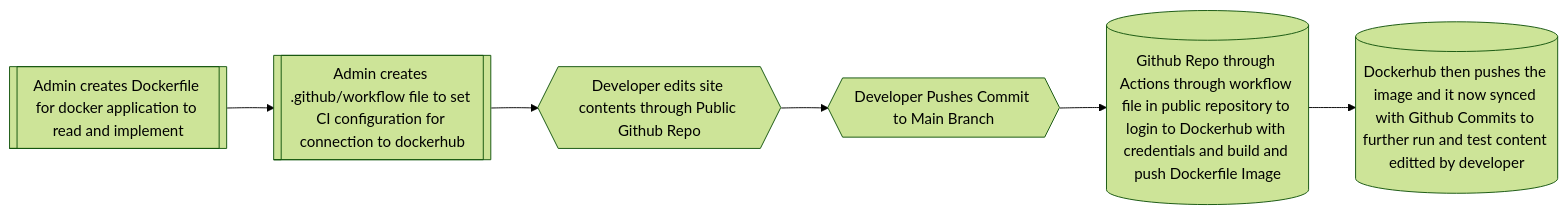
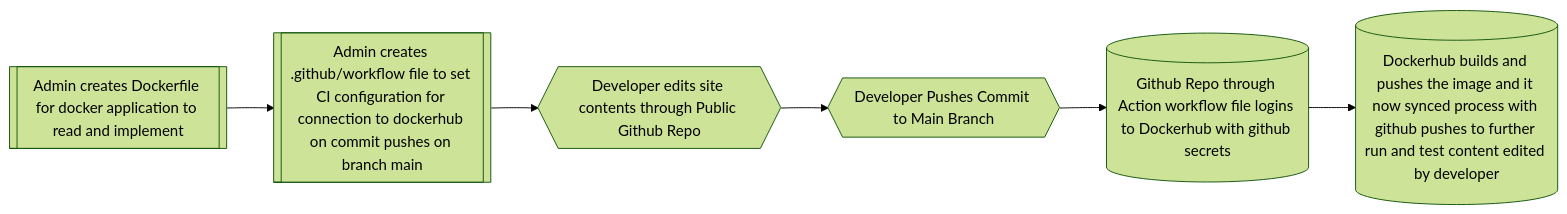
Before and after one commit to WSU-kduncan/ceg3120-cicd-brandielynnnnn: the diagram in README-CI.md, drawn with Mermaid (forest theme). The commit also changed other lines of this file, not shown here.

````diff
--- a/README-CI.md
+++ b/README-CI.md
@@ -76,8 +73,6 @@
  ```mermaid
 flowchart LR
-    id1[[Admin creates Dockerfile for docker application to read and implement]]-->id2[[Admin creates .github/workflow file to set CI configuration for connection to dockerhub]]-->id3{{Developer edits site contents through Public Github Repo}}-->id4{{Developer Pushes Commit to Main Branch}}-->id5[(Github Repo through Actions through workflow file in public repository to login to Dockerhub with credentials and build and push Dockerfile Image)]-->id6[(Dockerhub then pushes the image and it now synced with Github Commits to further run and test content editted by developer)]
-    
-    
+    id1[[Admin creates Dockerfile for docker application to read and implement]]-->id2[[Admin creates .github/workflow file to set CI configuration for connection to dockerhub on commit pushes on branch main]]-->id3{{Developer edits site contents through Public Github Repo}}-->id4{{Developer Pushes Commit to Main Branch}}-->id5[(Github Repo through Action workflow file logins to Dockerhub with github secrets)]-->id6[(Dockerhub builds and pushes the image and it now synced process with github pushes to further run and test content edited by developer)]
     
 
 ```
````
